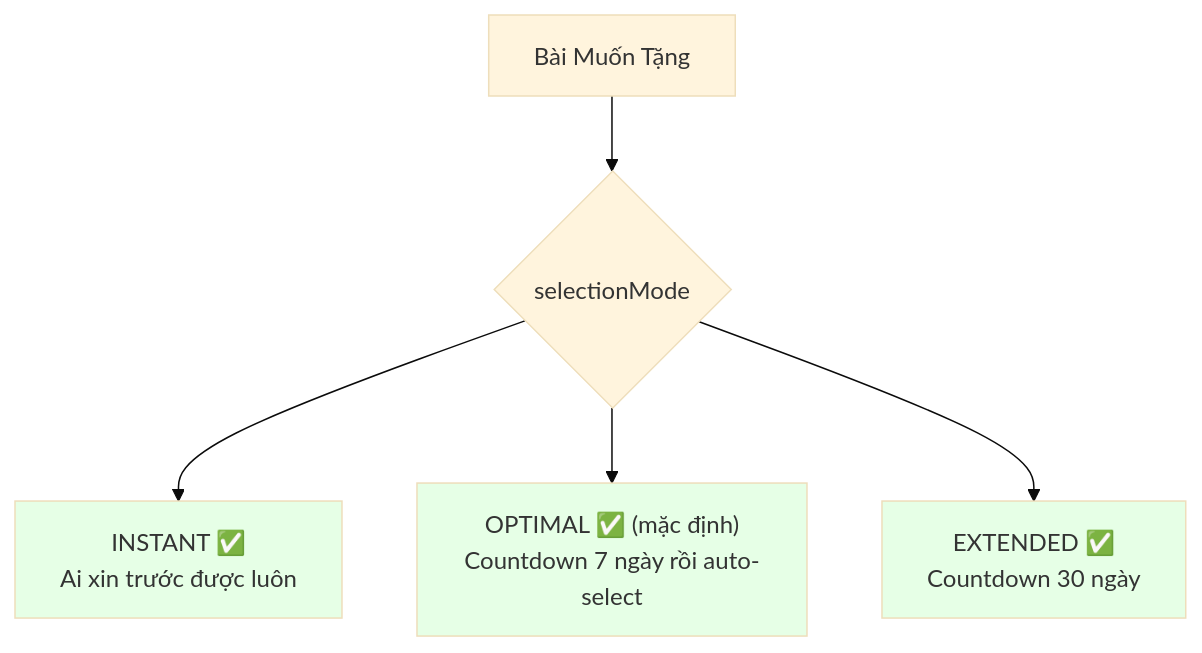
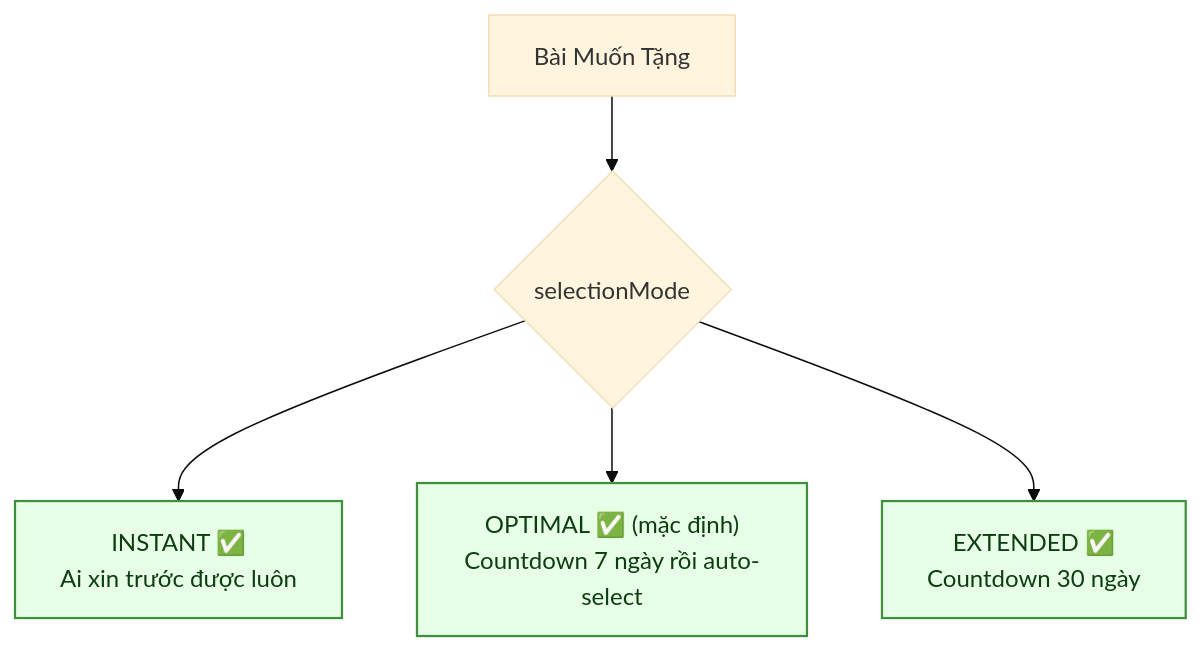
The first of 6 diagrams in docs/diagram/07-request.md (fdshn/trueheart), drawn with Mermaid (base theme) before and after one commit. The commit also changed other lines of this file and 30 other files, not shown here.

First line of the commit message:
docs(diagram): chữ trong khối tô màu đọc được ở cả giao diện sáng và tối

````diff
--- a/docs/diagram/07-request.md
+++ b/docs/diagram/07-request.md
@@ -8,11 +8,11 @@
 ```mermaid
 flowchart TD
     P[Bài Muốn Tặng] --> M{selectionMode}
     M --> I["INSTANT ✅<br/>Ai xin trước được luôn"]
     M --> O["OPTIMAL ✅ (mặc định)<br/>Countdown 7 ngày rồi auto-select"]
     M --> E["EXTENDED ✅<br/>Countdown 30 ngày"]
 
-    style I fill:#e6ffe6
-    style O fill:#e6ffe6
-    style E fill:#e6ffe6
+    style I fill:#e6ffe6,stroke:#3f8f3f,stroke-width:1.5px,color:#0f3d12
+    style O fill:#e6ffe6,stroke:#3f8f3f,stroke-width:1.5px,color:#0f3d12
+    style E fill:#e6ffe6,stroke:#3f8f3f,stroke-width:1.5px,color:#0f3d12
 ```
````
